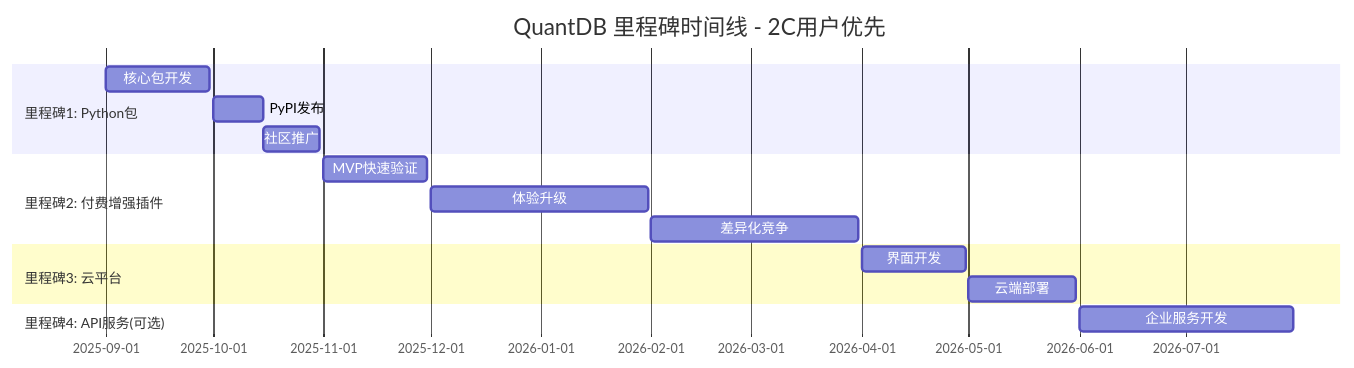
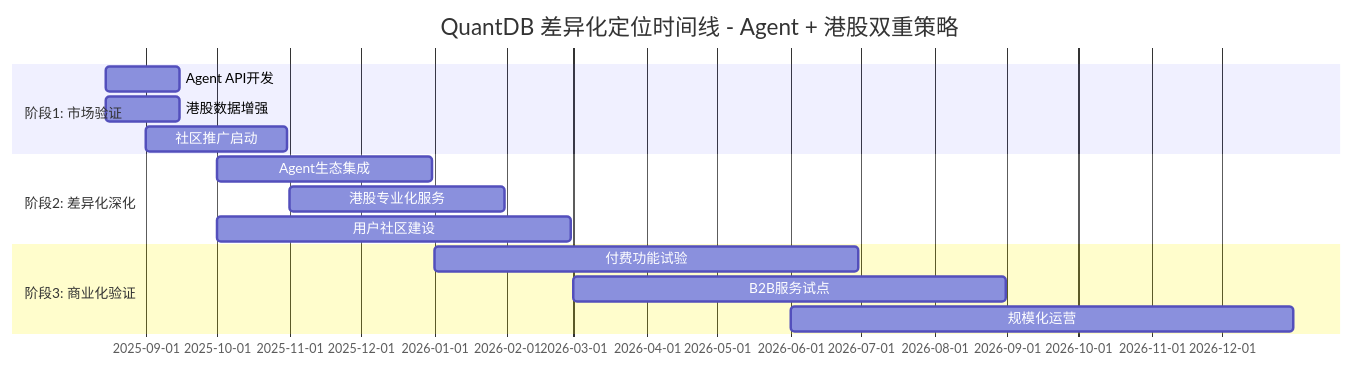
The diagram in project-management/02_milestones.md (franksunye/quantdb), drawn with Mermaid before and after one commit. The commit also changed other lines of this file and 7 other files, not shown here.

````diff
--- a/project-management/02_milestones.md
+++ b/project-management/02_milestones.md
@@ -11,18 +13,17 @@
 ```mermaid
 gantt
-    title QuantDB 里程碑时间线 - 2C用户优先
+    title QuantDB 差异化定位时间线 - Agent + 港股双重策略
     dateFormat  YYYY-MM-DD
-    section 里程碑1: Python包
-    核心包开发      :m1-dev, 2025-09-01, 2025-09-30
-    PyPI发布       :m1-release, 2025-10-01, 2025-10-15
-    社区推广       :m1-promo, 2025-10-15, 2025-10-31
-    section 里程碑2: 付费增强插件
-    MVP快速验证     :m2-mvp, 2025-11-01, 2025-11-30
-    体验升级        :m2-upgrade, 2025-12-01, 2026-01-31
-    差异化竞争      :m2-compete, 2026-02-01, 2026-03-31
-    section 里程碑3: 云平台
-    界面开发        :m3-frontend, 2026-04-01, 2026-04-30
-    云端部署        :m3-cloud, 2026-05-01, 2026-05-31
-    section 里程碑4: API服务(可选)
-    企业服务开发    :m4-api, 2026-06-01, 2026-07-31
+    section 阶段1: 市场验证
+    Agent API开发   :a1-agent, 2025-08-15, 2025-09-15
+    港股数据增强    :a1-hk, 2025-08-15, 2025-09-15
+    社区推广启动    :a1-community, 2025-09-01, 2025-10-31
+    section 阶段2: 差异化深化
+    Agent生态集成   :a2-ecosystem, 2025-10-01, 2025-12-31
+    港股专业化服务  :a2-hk-pro, 2025-11-01, 2026-01-31
+    用户社区建设    :a2-users, 2025-10-01, 2026-02-28
+    section 阶段3: 商业化验证
+    付费功能试验    :a3-paid, 2026-01-01, 2026-06-30
+    B2B服务试点    :a3-b2b, 2026-03-01, 2026-08-31
+    规模化运营      :a3-scale, 2026-06-01, 2026-12-31
 ```
````
